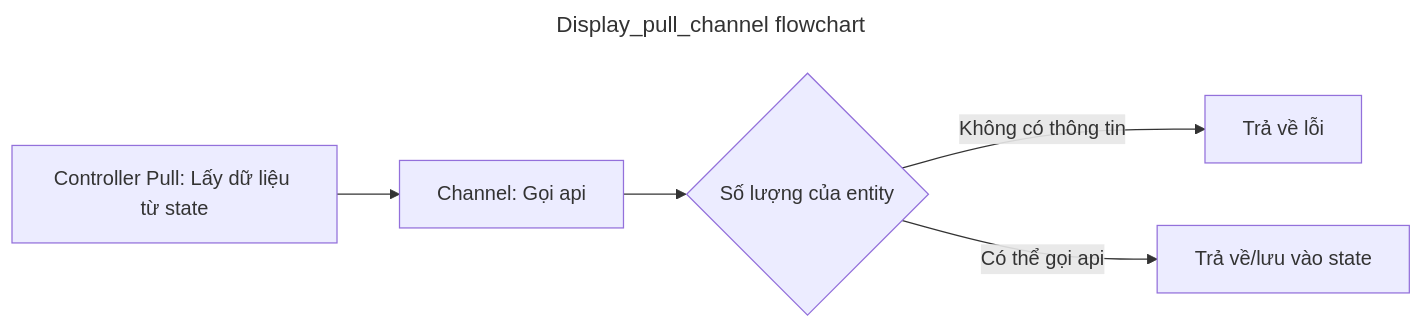
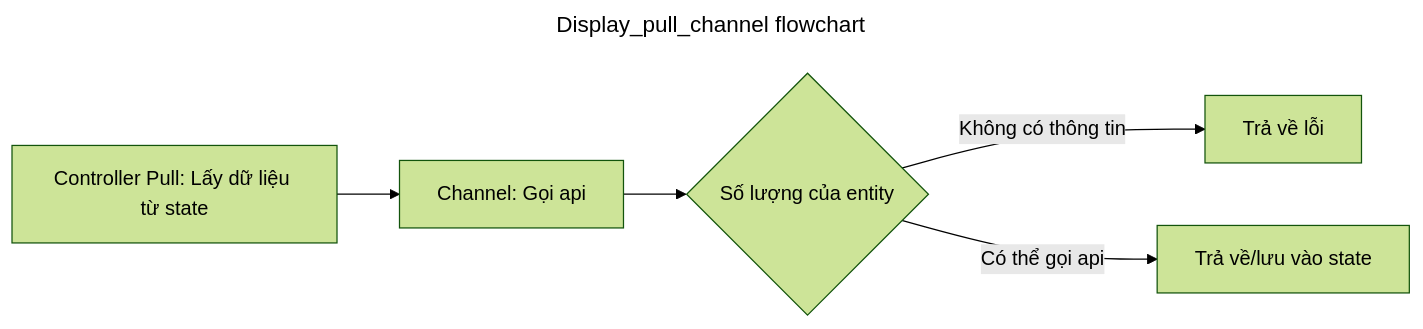
One commit to WuzenLiz/markdown changed the sixth of 9 diagrams in pseudoAllFunction.md. Above: the diagram before and after it, drawn with Mermaid. The commit also changed other lines of this file, not shown here.

Commit message:
update graph pull

````diff
--- a/pseudoAllFunction.md
+++ b/pseudoAllFunction.md
@@ -84,9 +113,12 @@
     ```mermaid
     ---
     title: Display_pull_channel flowchart
+    config: 
+        theme: forest
+        curve: basis 
     ---
     flowchart LR
         A[Controller Pull: Lấy dữ liệu từ state ] --> B[Channel: Gọi api] --> C{Số lượng của entity} 
         C --> |Không có thông tin| E[Trả về lỗi]
         C --> |Có thể gọi api| F[Trả về/lưu vào state]
     ```
````
